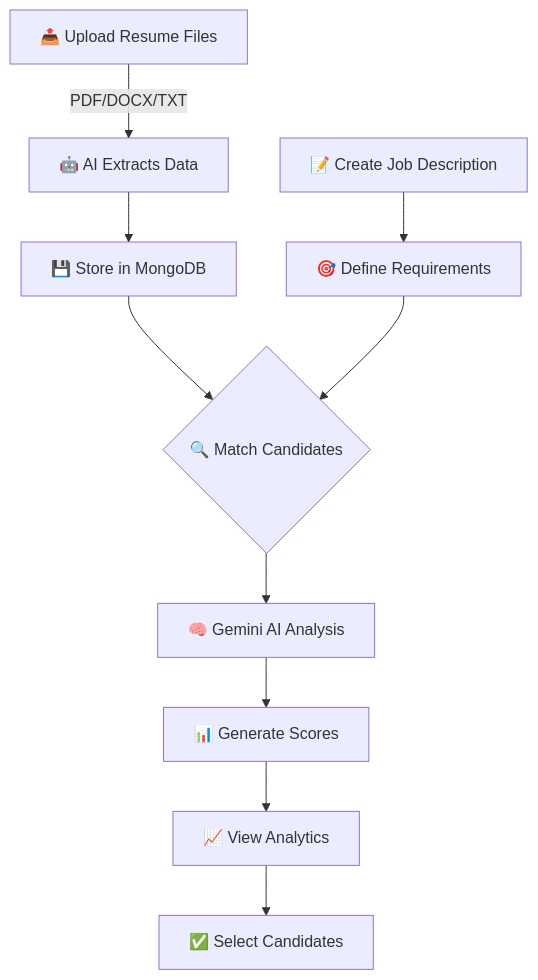
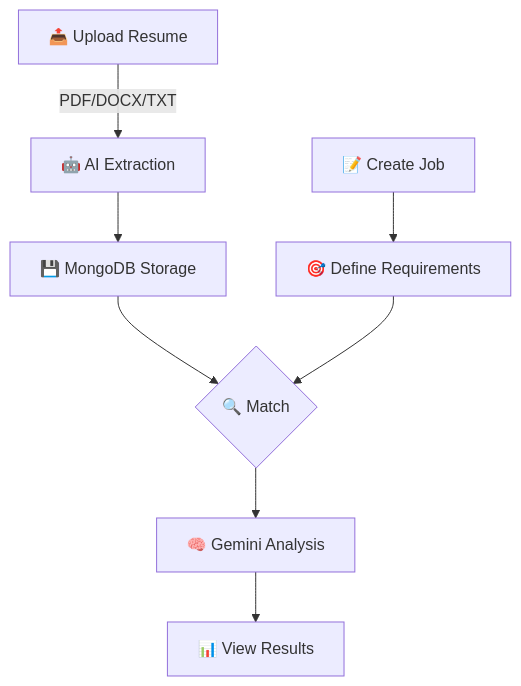
One commit to KshitizCodeHub/Smart-Resume-Screener changed the second of 2 diagrams in README.md. Above: the diagram before and after it, drawn with Mermaid. The commit also changed other lines of this file, not shown here.

````diff
--- a/README.md
+++ b/README.md
@@ -354,12 +153,10 @@
 ```mermaid
 graph TD
-    A[📤 Upload Resume Files] -->|PDF/DOCX/TXT| B[🤖 AI Extracts Data]
-    B --> C[💾 Store in MongoDB]
-    D[📝 Create Job Description] --> E[🎯 Define Requirements]
-    C --> F{🔍 Match Candidates}
+    A[📤 Upload Resume] -->|PDF/DOCX/TXT| B[🤖 AI Extraction]
+    B --> C[💾 MongoDB Storage]
+    D[📝 Create Job] --> E[🎯 Define Requirements]
+    C --> F{🔍 Match}
     E --> F
-    F --> G[🧠 Gemini AI Analysis]
-    G --> H[📊 Generate Scores]
-    H --> I[📈 View Analytics]
-    I --> J[✅ Select Candidates]
+    F --> G[🧠 Gemini Analysis]
+    G --> H[📊 View Results]
 ```
````
